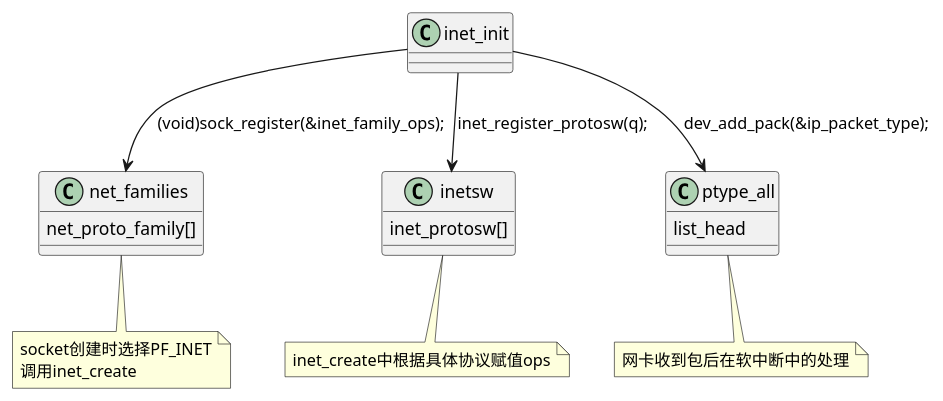
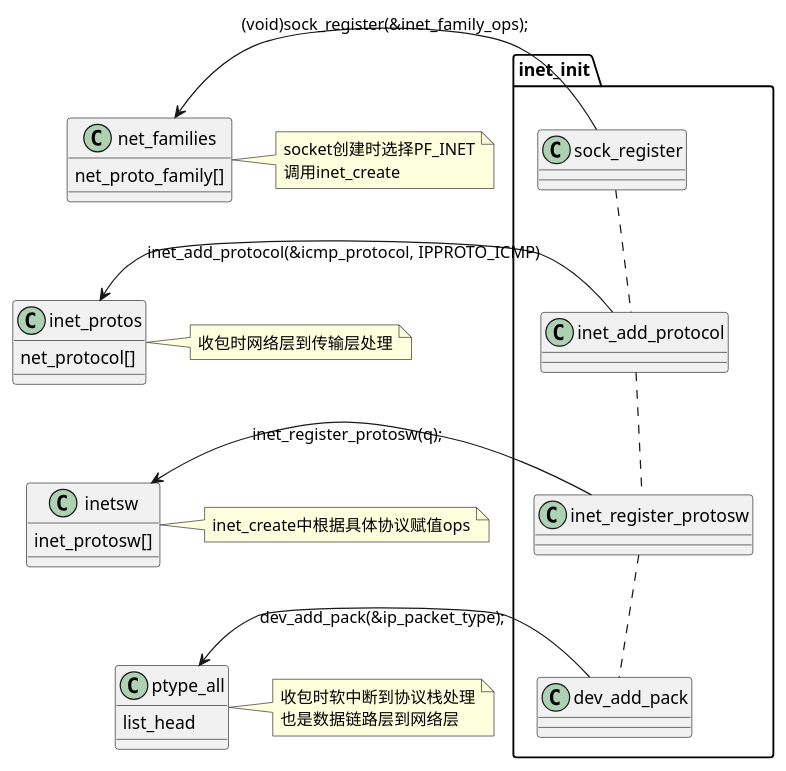
One commit to Githubwyb/md-books changed the second of 2 diagrams in content/docs/linux-kernel/net/ipv4/ipv4.md. Above: the diagram before and after it, drawn with PlantUML. The commit also changed other lines of this file and 4 other files, not shown here.

````diff
--- a/content/docs/linux-kernel/net/ipv4/ipv4.md
+++ b/content/docs/linux-kernel/net/ipv4/ipv4.md
@@ -7,27 +199,44 @@
 ```plantuml
 @startuml
-class inet_init
+package inet_init {
+    class sock_register
+    class inet_add_protocol
+    class inet_register_protosw
+    class dev_add_pack
+
+    sock_register .. inet_add_protocol
+    inet_add_protocol .. inet_register_protosw
+    inet_register_protosw .. dev_add_pack
+}
 class net_families {
     net_proto_family[]
 }
-note bottom of net_families
+note right of net_families
 socket创建时选择PF_INET
 调用inet_create
+end note
+class inet_protos {
+    net_protocol[]
+}
+note right of inet_protos
+收包时网络层到传输层处理
 end note
 class inetsw {
     inet_protosw[]
 }
-note bottom of inetsw
+note right of inetsw
 inet_create中根据具体协议赋值ops
 end note
 class ptype_all {
     list_head
 }
-note bottom of ptype_all
-网卡收到包后在软中断中的处理
+note right of ptype_all
+收包时软中断到协议栈处理
+也是数据链路层到网络层
 end note
-inet_init --> net_families: (void)sock_register(&inet_family_ops);
-inet_init --> inetsw: inet_register_protosw(q);
-inet_init --> ptype_all: dev_add_pack(&ip_packet_type);
+sock_register -right-> net_families: (void)sock_register(&inet_family_ops);
+inet_add_protocol -right-> inet_protos: inet_add_protocol(&icmp_protocol, IPPROTO_ICMP)
+inet_register_protosw -right-> inetsw: inet_register_protosw(q);
+dev_add_pack -right-> ptype_all: dev_add_pack(&ip_packet_type);
 @enduml
 ```
````
